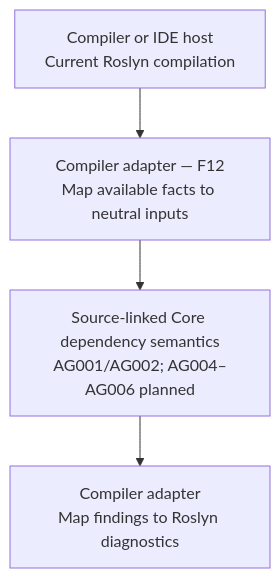
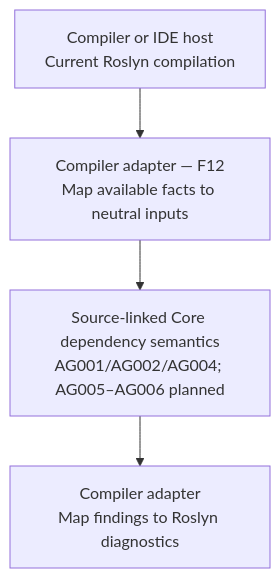
The third of 3 diagrams in docs/architecture/overview.md (kbourzayq/arch-guard), drawn with Mermaid before and after one commit. The commit also changed other lines of this file and 22 other files, not shown here.

````diff
--- a/docs/architecture/overview.md
+++ b/docs/architecture/overview.md
@@ -187,11 +187,11 @@
 ```mermaid
 flowchart TD
     Host["Compiler or IDE host<br/>Current Roslyn compilation"]
     Adapter["Compiler adapter — F12<br/>Map available facts to neutral inputs"]
-    Rules["Source-linked Core dependency semantics<br/>AG001/AG002; AG004–AG006 planned"]
+    Rules["Source-linked Core dependency semantics<br/>AG001/AG002/AG004; AG005–AG006 planned"]
     Diagnostics["Compiler adapter<br/>Map findings to Roslyn diagnostics"]
 
     Host --> Adapter
     Adapter --> Rules
     Rules --> Diagnostics
 ```
````
